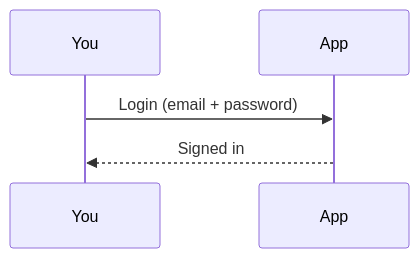
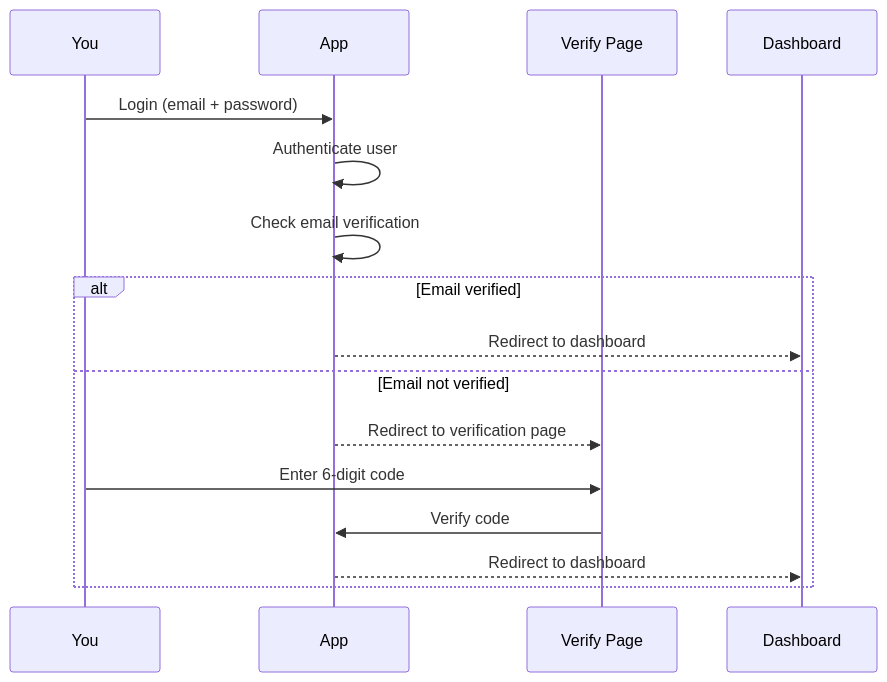
Before and after one commit to Justin322322/roofcal: the fourth of 5 diagrams in docs/auth.md, drawn with Mermaid. The commit also changed other lines of this file and 9 other files, not shown here.

````diff
--- a/docs/auth.md
+++ b/docs/auth.md
@@ -56,7 +64,18 @@
 ```mermaid
 sequenceDiagram
   participant You as You
   participant App as App
+  participant Verify as Verify Page
+  participant Dashboard as Dashboard
   You->>App: Login (email + password)
-  App-->>You: Signed in
+  App->>App: Authenticate user
+  App->>App: Check email verification
+  alt Email verified
+    App-->>Dashboard: Redirect to dashboard
+  else Email not verified
+    App-->>Verify: Redirect to verification page
+    You->>Verify: Enter 6-digit code
+    Verify->>App: Verify code
+    App-->>Dashboard: Redirect to dashboard
+  end
 ```
````
